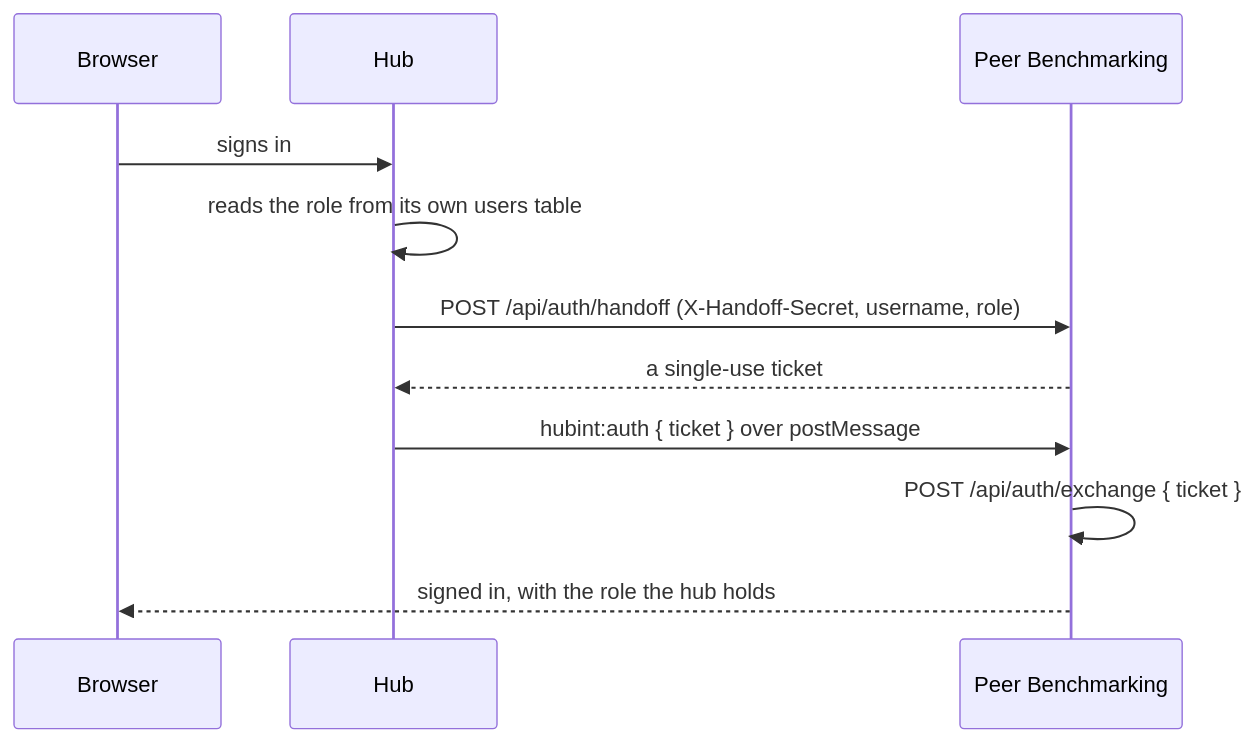
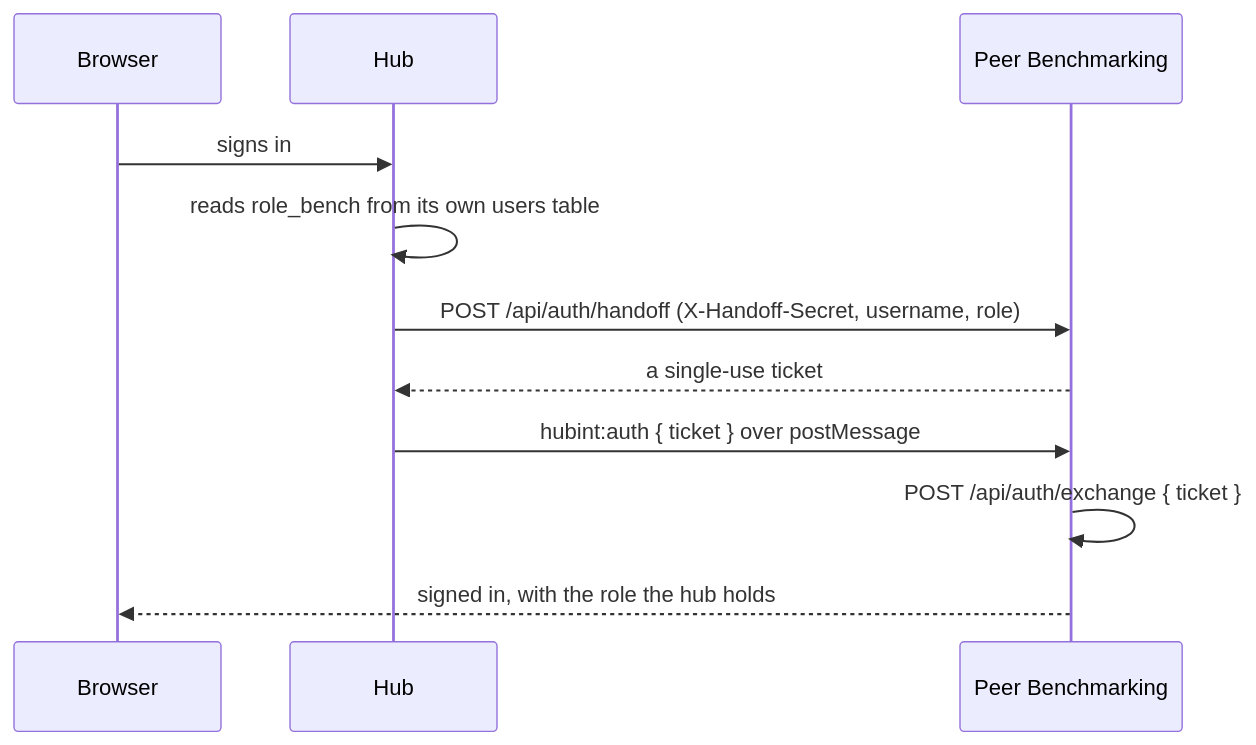
The second of 2 diagrams in benchmarking/docs/INTEGRATION.md (Aditya--Singh/tmd_mm_push), drawn with Mermaid before and after one commit. The commit also changed other lines of this file and 48 other files, not shown here.

First line of the commit message:
feat: one role per application in the user table

````diff
--- a/benchmarking/docs/INTEGRATION.md
+++ b/benchmarking/docs/INTEGRATION.md
@@ -274,13 +275,13 @@
 ```mermaid
 sequenceDiagram
     participant U as Browser
     participant H as Hub
     participant P as Peer Benchmarking
     U->>H: signs in
-    H->>H: reads the role from its own users table
+    H->>H: reads role_bench from its own users table
     H->>P: POST /api/auth/handoff (X-Handoff-Secret, username, role)
     P-->>H: a single-use ticket
     H->>P: hubint:auth { ticket } over postMessage
     P->>P: POST /api/auth/exchange { ticket }
     P-->>U: signed in, with the role the hub holds
 ```
````
